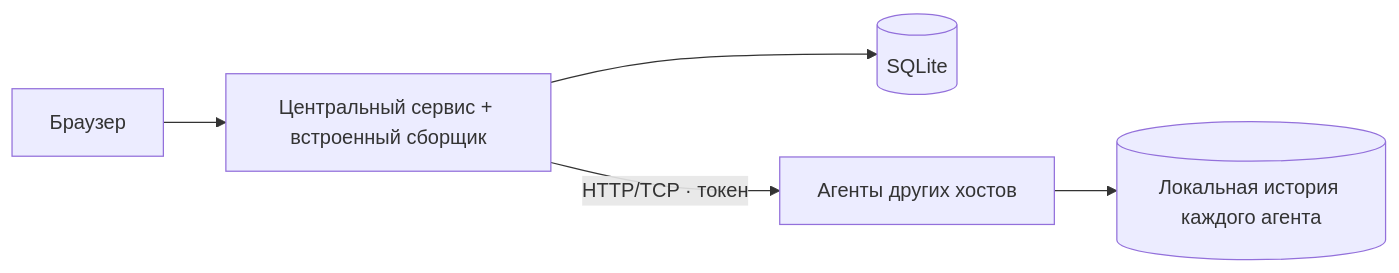
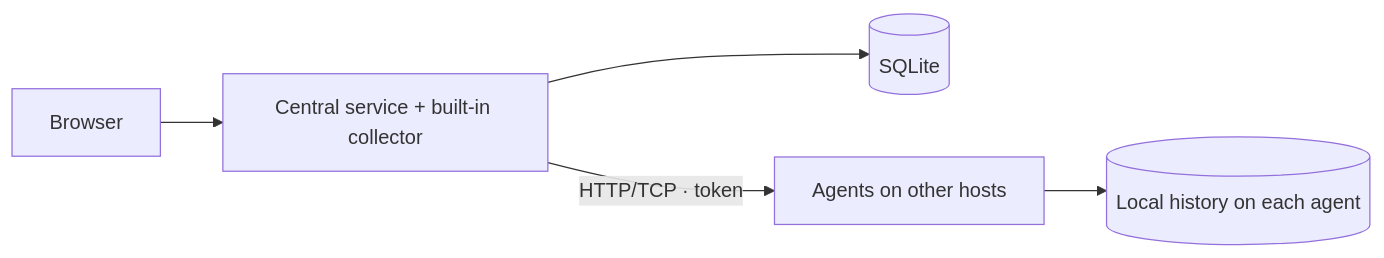
Before and after one commit to nikitakiselev/homelab-dashboard: the diagram in README.md, drawn with Mermaid. The commit also changed other lines of this file and 1 other file, not shown here.

````diff
--- a/README.md
+++ b/README.md
@@ -60,7 +62,7 @@
 ```mermaid
 flowchart LR
-    UI["Браузер"] --> Server["Центральный сервис + встроенный сборщик"]
+    UI["Browser"] --> Server["Central service + built-in collector"]
     Server --> DB[("SQLite")]
-    Server -->|"HTTP/TCP · токен"| Agents["Агенты других хостов"]
-    Agents --> History[("Локальная история каждого агента")]
+    Server -->|"HTTP/TCP · token"| Agents["Agents on other hosts"]
+    Agents --> History[("Local history on each agent")]
 ```
````
